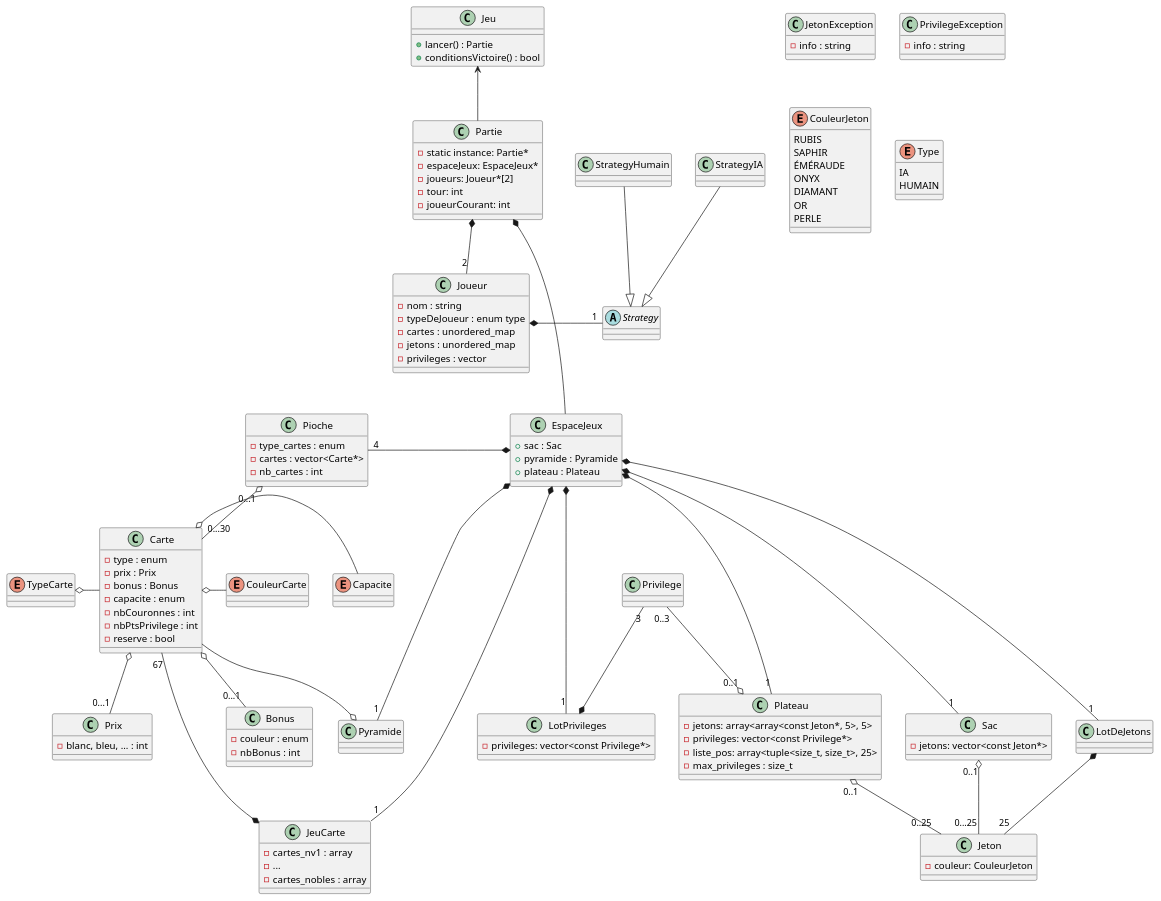
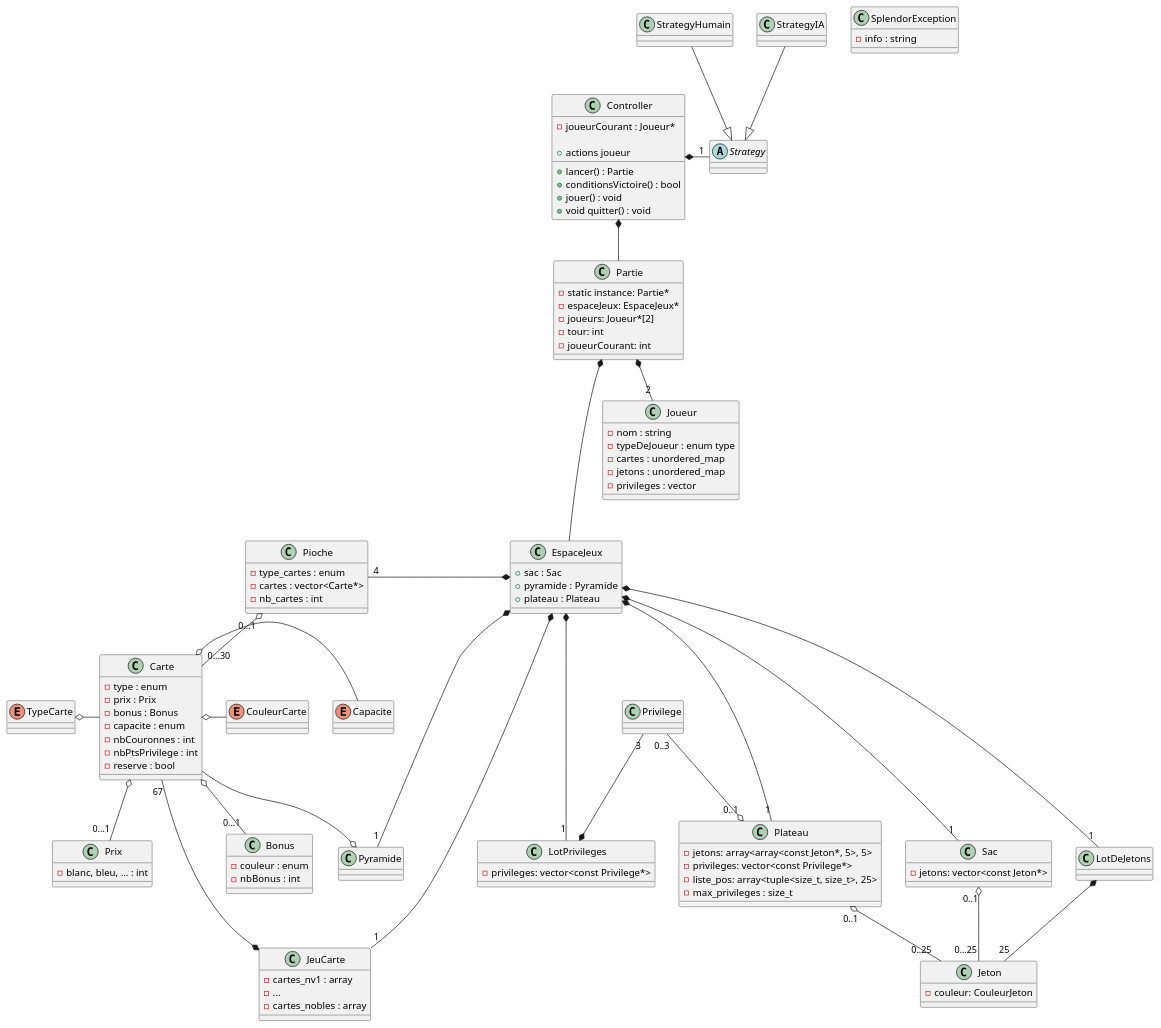
One commit to theguega/OOP-Board-Game changed the diagram in uml/general/splendor.plantuml. Above: the diagram before and after it, drawn with PlantUML. The commit also changed 1 other file, not shown here.

```diff
--- a/uml/general/splendor.plantuml
+++ b/uml/general/splendor.plantuml
@@ -1,163 +1,154 @@
 @startuml splendor
 '    https://plantuml.com/class-diagram
 
-class JetonException {
+class SplendorException {
   - info : string
 }
 
-class PrivilegeException {
-  - info : string
-}
 
-enum CouleurJeton {
-  RUBIS
-  SAPHIR
-  ÉMÉRAUDE
-  ONYX
-  DIAMANT
-  OR
-  PERLE
-}
+
 
 
 
 class Jeton {
   - couleur: CouleurJeton
 }
 
 class Privilege {
 }
 
 class LotPrivileges {
   - privileges: vector<const Privilege*>
 }
 
 class Sac {
   - jetons: vector<const Jeton*>
 }
 
 class Plateau {
   - jetons: array<array<const Jeton*, 5>, 5>
   - privileges: vector<const Privilege*>
   - liste_pos: array<tuple<size_t, size_t>, 25>
   - max_privileges : size_t
 }
 
 LotDeJetons *--"25" Jeton
 Sac "0..1" o-- "0...25" Jeton
 Privilege "3" --* LotPrivileges
 Plateau "0..1" o- "0..25" Jeton
 Privilege "0..3" -o "0..1" Plateau
 
 ' Cartes
 
 enum CouleurCarte
 
 enum TypeCarte
 
 enum Capacite
 
 class Carte{
     - type : enum
     - prix : Prix
     - bonus : Bonus
     - capacite : enum
     - nbCouronnes : int
     - nbPtsPrivilege : int
     - reserve : bool
 }
 
 class Bonus{
     - couleur : enum
     - nbBonus : int
 }
 
 class Prix{
     - blanc, bleu, ... : int
 }
 
 class Pioche {
     - type_cartes : enum
     - cartes : vector<Carte*>
     - nb_cartes : int
 }
 
 class JeuCarte {
     - cartes_nv1 : array
     - ...
     - cartes_nobles : array
 }
 
 class Pyramide {
 }
 
 Carte "67" ---* JeuCarte
 Carte --o Pyramide
 Pioche "0...1" o-- "0...30"Carte
 Carte o-- "0...1" Bonus
 Carte o-- "0...1" Prix
 Carte o- CouleurCarte
 TypeCarte o- Carte
 Carte o- Capacite
 
 ' Joueur
 
 class Joueur {
     - nom : string
     - typeDeJoueur : enum type
     - cartes : unordered_map
     - jetons : unordered_map
     - privileges : vector
 }
 
 abstract Strategy {
 }
 
 class StrategyHumain
 class StrategyIA
 
-Joueur *- "1" Strategy
+Controller *- "1" Strategy
 StrategyHumain --|> Strategy
 StrategyIA --|> Strategy
-enum Type {
-    IA
-    HUMAIN
-}
+
 
 ' Partie
 
 class Partie {
     - static instance: Partie*
     - espaceJeux: EspaceJeux*
     - joueurs: Joueur*[2]
     - tour: int
     - joueurCourant: int
 }
 
 ' Others
 
 class EspaceJeux {
     + sac : Sac
     + pyramide : Pyramide
     + plateau : Plateau
 }
 
-class Jeu {
+class Controller {
+	- joueurCourant : Joueur*
+
     + lancer() : Partie
     + conditionsVictoire() : bool
+    + jouer() : void
+    + void quitter() : void
+    + actions joueur
 }
 
 Partie *--- EspaceJeux
 Partie *--"2" Joueur
 
 EspaceJeux *---"1" Sac
 EspaceJeux *---"1" Pyramide
 EspaceJeux *---"1" Plateau
 EspaceJeux *---"1" LotDeJetons
 EspaceJeux *---"1" LotPrivileges
 EspaceJeux *--"1" JeuCarte
 Pioche "4"-* EspaceJeux
 
-Jeu <-- Partie
+Controller *-- Partie
 
 @enduml
```
